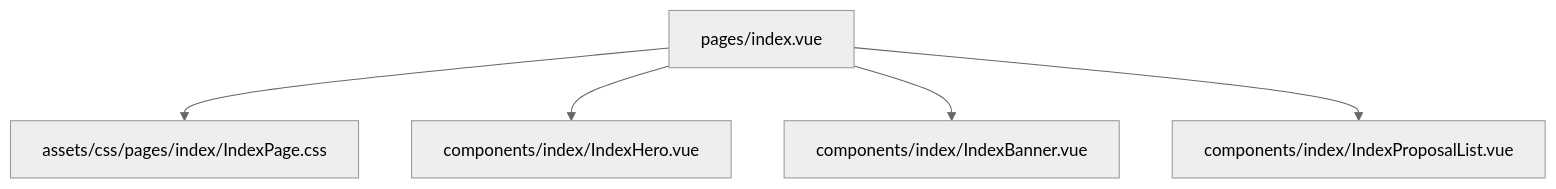
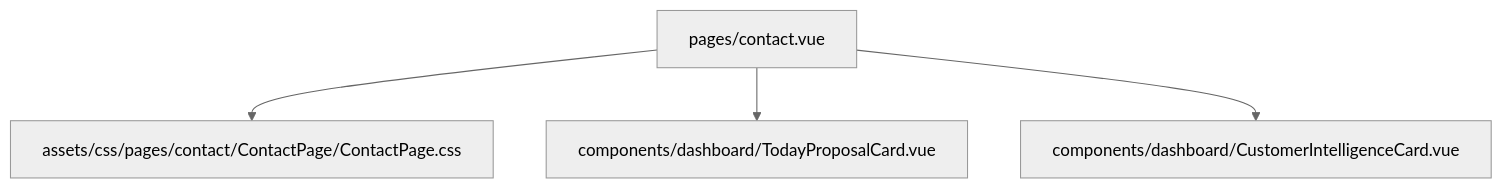
Before and after one commit to nryn6563org/fapro_new: the second of 6 diagrams in AI_FAPRO/GUIDE.md, drawn with Mermaid (neutral theme). The commit also changed other lines of this file and 15 other files, not shown here.

````diff
--- a/AI_FAPRO/GUIDE.md
+++ b/AI_FAPRO/GUIDE.md
@@ -32,7 +40,6 @@
 ```mermaid
 graph TD
-    Page["pages/index.vue"] --> CSS_Page["assets/css/pages/index/IndexPage.css"]
-    Page --> Comp_Hero["components/index/IndexHero.vue"]
-    Page --> Comp_Banner["components/index/IndexBanner.vue"]
-    Page --> Comp_Proposal["components/index/IndexProposalList.vue"]
+    Page["pages/contact.vue"] --> CSS_Page["assets/css/pages/contact/ContactPage/ContactPage.css"]
+    Page --> TodayProposalCard["components/dashboard/TodayProposalCard.vue"]
+    Page --> CustomerIntelligenceCard["components/dashboard/CustomerIntelligenceCard.vue"]
 ```
````
